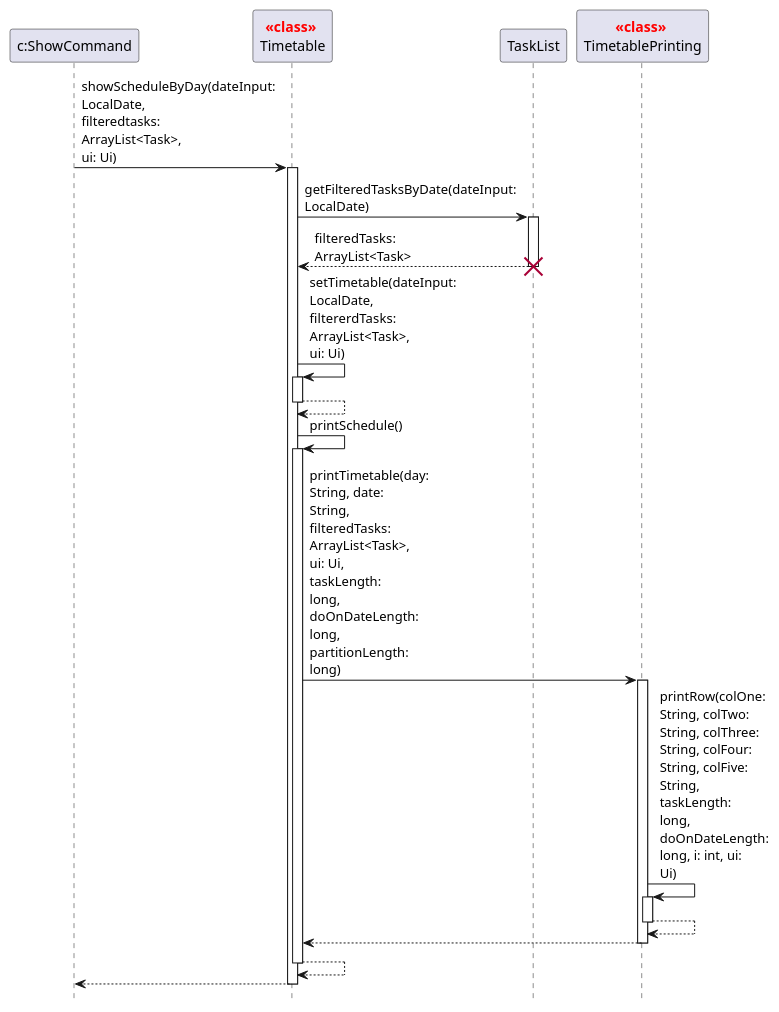
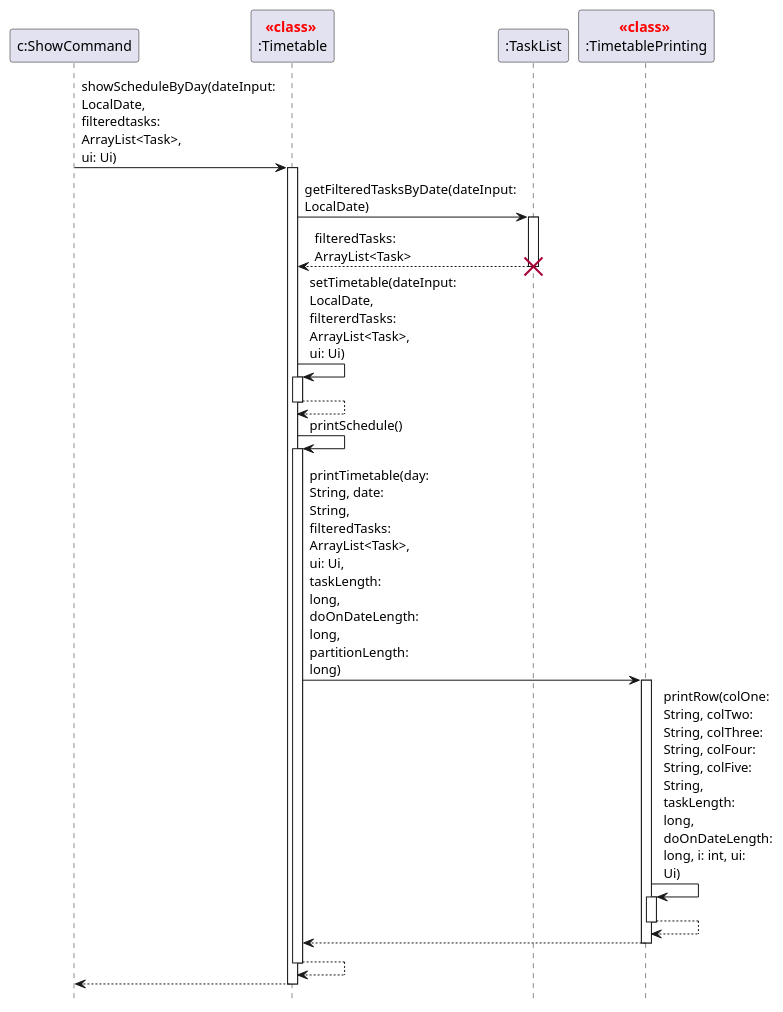
One commit to nus-cs2113-AY2122S2/tp changed the diagram in docs/puml/showScheduleForADateTwo.puml. Above: the diagram before and after it, drawn with PlantUML.

Commit message:
Add colon to represent the class object

```diff
--- a/docs/puml/showScheduleForADateTwo.puml
+++ b/docs/puml/showScheduleForADateTwo.puml
@@ -1,44 +1,44 @@
 @startuml
 skinparam maxMessageSize 100
 
 hide footbox
 participant "c:ShowCommand" as ShowCommand
-participant "<font color=red>**<<class>>** \nTimetable" as Timetable
-participant "TaskList" as TaskList
-participant "<font color=red>**<<class>>** \nTimetablePrinting" as TimetablePrinting
+participant "<font color=red>**<<class>>** \n:Timetable" as Timetable
+participant ":TaskList" as TaskList
+participant "<font color=red>**<<class>>** \n:TimetablePrinting" as TimetablePrinting
 
 ShowCommand -> Timetable: showScheduleByDay(dateInput: LocalDate, filteredtasks: ArrayList<Task>, ui: Ui)
 activate Timetable
 
 Timetable -> TaskList: getFilteredTasksByDate(dateInput: LocalDate)
 activate TaskList
 TaskList --> Timetable: filteredTasks: ArrayList<Task>
 deactivate TaskList
 destroy TaskList
 
 Timetable -> Timetable: setTimetable(dateInput: LocalDate, filtererdTasks: ArrayList<Task>, ui: Ui)
 activate Timetable
 Timetable --> Timetable
 deactivate Timetable
 Timetable -> Timetable: printSchedule()
 activate Timetable
 
 Timetable -> TimetablePrinting: printTimetable(day: String, date: String, filteredTasks: ArrayList<Task>, ui: Ui, taskLength: long, doOnDateLength: long, partitionLength: long)
 activate TimetablePrinting
 TimetablePrinting -> TimetablePrinting: printRow(colOne: String, colTwo: String, colThree: String, colFour: String, colFive: String, taskLength: long, doOnDateLength: long, i: int, ui: Ui)
 activate TimetablePrinting
 TimetablePrinting --> TimetablePrinting
 deactivate TimetablePrinting
 
 TimetablePrinting --> Timetable
 deactivate TimetablePrinting
 
 Timetable --> Timetable
 deactivate Timetable
 
 Timetable --> ShowCommand
 deactivate Timetable
 
 
 
 @enduml
```
